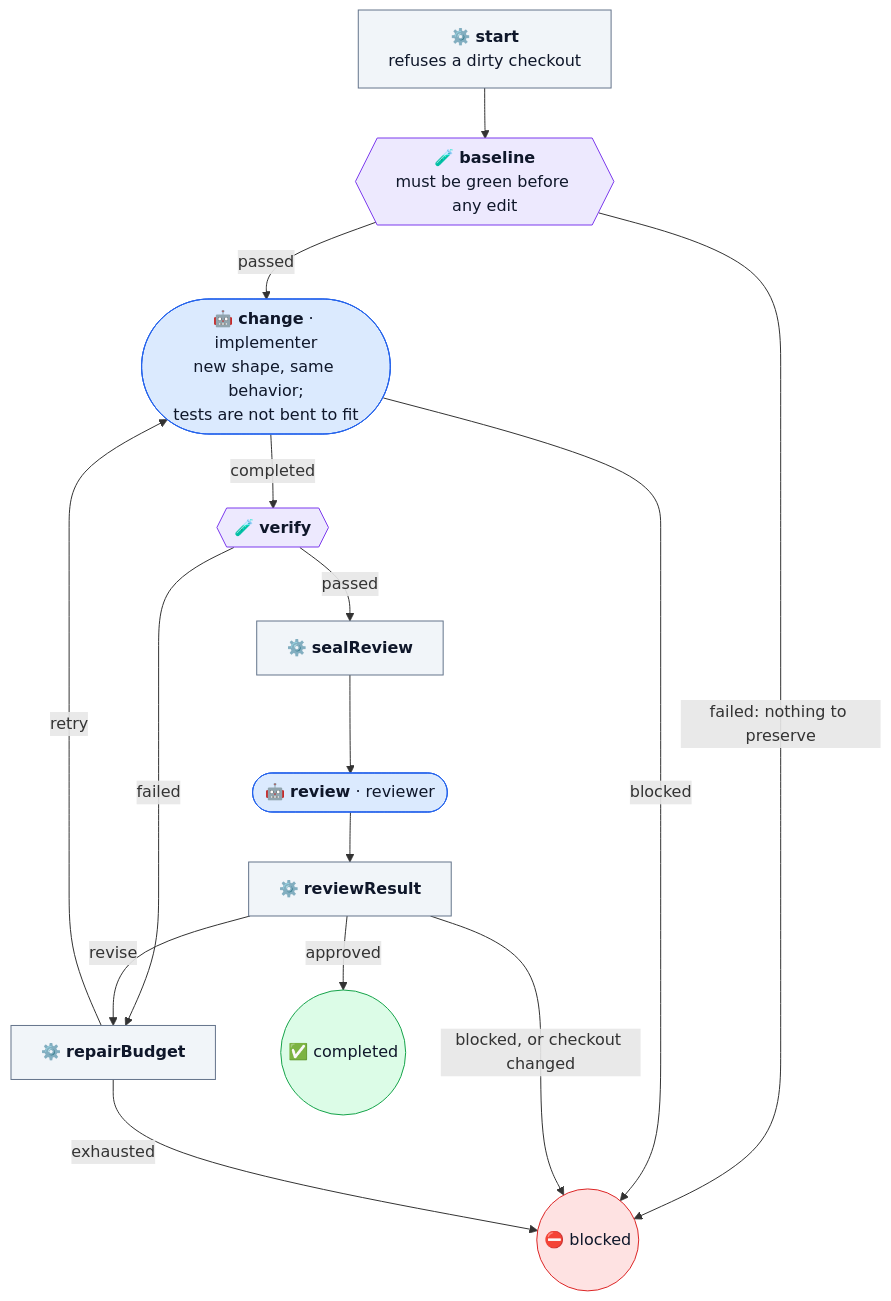
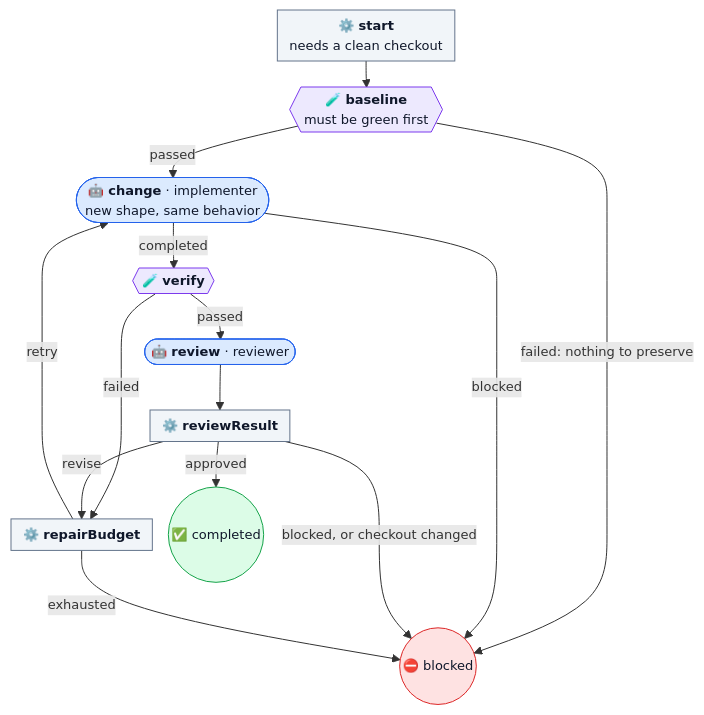
The diagram in docs/workflows/refactor.md (dna113p/machine-shop), drawn with Mermaid before and after one commit. The commit also changed 13 other files, not shown here.

First line of the commit message:
The workflow diagrams are about half their size

````diff
--- a/docs/workflows/refactor.md
+++ b/docs/workflows/refactor.md
@@ -41,37 +41,37 @@
 ```mermaid
+%%{init: {"themeVariables": {"fontSize": "13px"}, "flowchart": {"nodeSpacing": 16, "rankSpacing": 26, "padding": 6, "diagramPadding": 4}}}%%
 flowchart TD
-  start["⚙️ <b>start</b><br/>refuses a dirty checkout"]
-  baseline{{"🧪 <b>baseline</b><br/>must be green before any edit"}}
-  change(["🤖 <b>change</b> · implementer<br/>new shape, same behavior;<br/>tests are not bent to fit"])
+  start["⚙️ <b>start</b><br/>needs a clean checkout"]
+  baseline{{"🧪 <b>baseline</b><br/>must be green first"}}
+  change(["🤖 <b>change</b> · implementer<br/>new shape, same behavior"])
   verify{{"🧪 <b>verify</b>"}}
-  seal["⚙️ <b>sealReview</b>"]
   review(["🤖 <b>review</b> · reviewer"])
   result["⚙️ <b>reviewResult</b>"]
   budget["⚙️ <b>repairBudget</b>"]
   done(("✅ completed"))
   blocked(("⛔ blocked"))
 
   start --> baseline
   baseline -->|passed| change
   baseline -->|"failed: nothing to preserve"| blocked
   change -->|completed| verify
   change -->|blocked| blocked
-  verify -->|passed| seal --> review --> result
+  verify -->|passed| review --> result
   verify -->|failed| budget
   result -->|approved| done
   result -->|revise| budget
   result -->|"blocked, or checkout changed"| blocked
   budget -->|retry| change
   budget -->|exhausted| blocked
 
   classDef agent fill:#dbeafe,stroke:#2563eb,color:#0f172a
   classDef op fill:#f1f5f9,stroke:#64748b,color:#0f172a
   classDef gate fill:#ede9fe,stroke:#7c3aed,color:#0f172a
   classDef good fill:#dcfce7,stroke:#16a34a,color:#0f172a
   classDef bad fill:#fee2e2,stroke:#dc2626,color:#0f172a
   class change,review agent
-  class start,seal,result,budget op
+  class start,result,budget op
   class baseline,verify gate
   class done good
   class blocked bad
 ```
````
